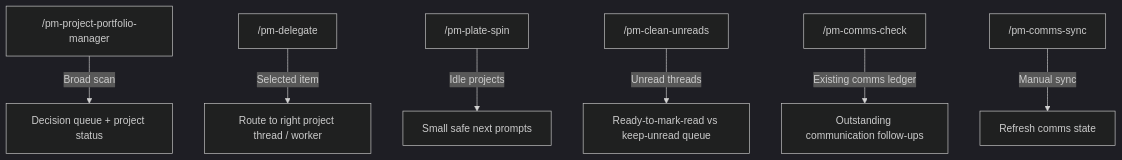
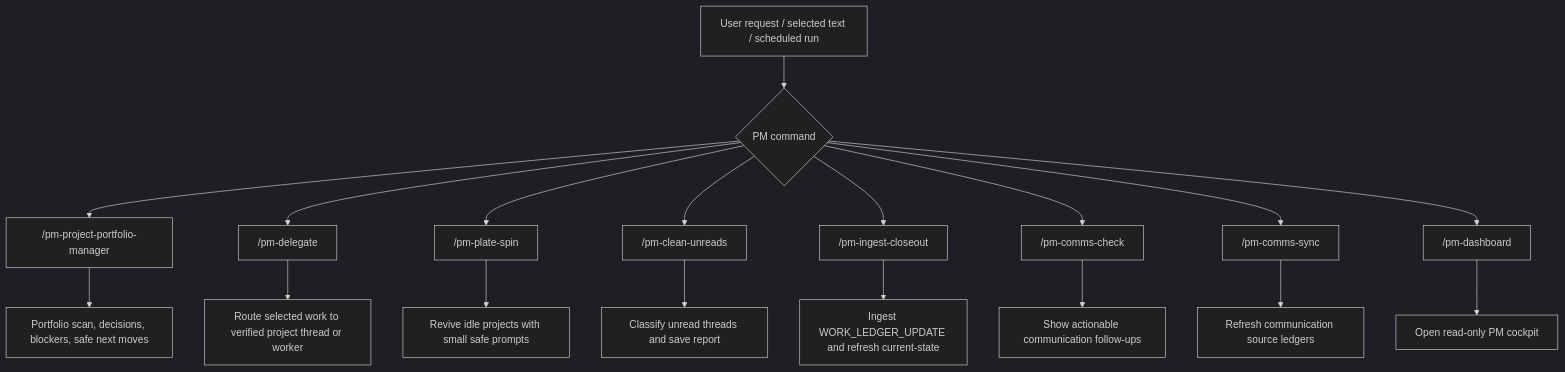
One commit to Splintered-Glass-Solutions/SGS_skills changed the first of 2 diagrams in docs/pm-systems/command-map.md. Above: the diagram before and after it, drawn with Mermaid (dark theme). The commit also changed other lines of this file and 17 other files, not shown here.

Commit message:
docs: refresh PM system architecture

````diff
--- a/docs/pm-systems/command-map.md
+++ b/docs/pm-systems/command-map.md
@@ -3,9 +9,22 @@
 ```mermaid
 flowchart TD
-  Portfolio["/pm-project-portfolio-manager"] -->|"Broad scan"| Queue["Decision queue + project status"]
-  Delegate["/pm-delegate"] -->|"Selected item"| ProjectRoute["Route to right project thread / worker"]
-  Plate["/pm-plate-spin"] -->|"Idle projects"| SafeMoves["Small safe next prompts"]
-  Clean["/pm-clean-unreads"] -->|"Unread threads"| ReadQueue["Ready-to-mark-read vs keep-unread queue"]
-  CommsCheck["/pm-comms-check"] -->|"Existing comms ledger"| Followups["Outstanding communication follow-ups"]
-  CommsSync["/pm-comms-sync"] -->|"Manual sync"| CommsLedger["Refresh comms state"]
+  Request["User request / selected text / scheduled run"] --> Command{"PM command"}
+
+  Command --> Portfolio["/pm-project-portfolio-manager"]
+  Command --> Delegate["/pm-delegate"]
+  Command --> Plate["/pm-plate-spin"]
+  Command --> Clean["/pm-clean-unreads"]
+  Command --> Ingest["/pm-ingest-closeout"]
+  Command --> CommsCheck["/pm-comms-check"]
+  Command --> CommsSync["/pm-comms-sync"]
+  Command --> Dashboard["/pm-dashboard"]
+
+  Portfolio --> Scan["Portfolio scan, decisions, blockers, safe next moves"]
+  Delegate --> Route["Route selected work to verified project thread or worker"]
+  Plate --> Idle["Revive idle projects with small safe prompts"]
+  Clean --> Unreads["Classify unread threads and save report"]
+  Ingest --> Closeout["Ingest WORK_LEDGER_UPDATE and refresh current-state"]
+  CommsCheck --> Followups["Show actionable communication follow-ups"]
+  CommsSync --> RefreshComms["Refresh communication source ledgers"]
+  Dashboard --> Cockpit["Open read-only PM cockpit"]
 ```
````
